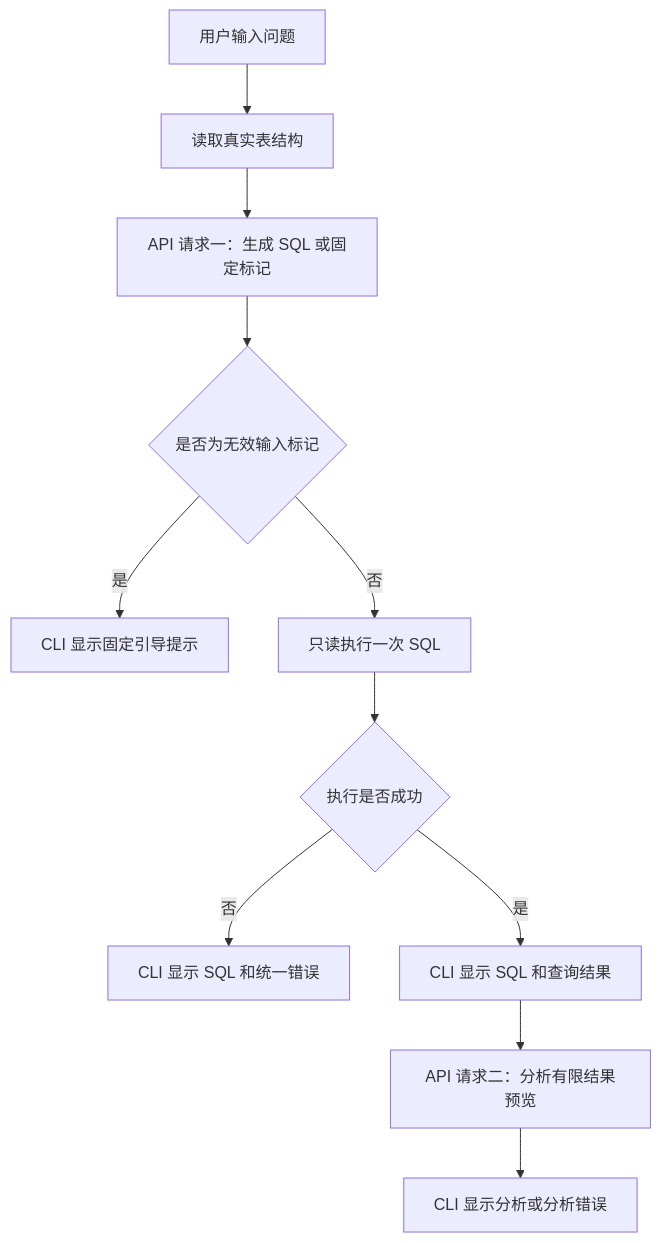
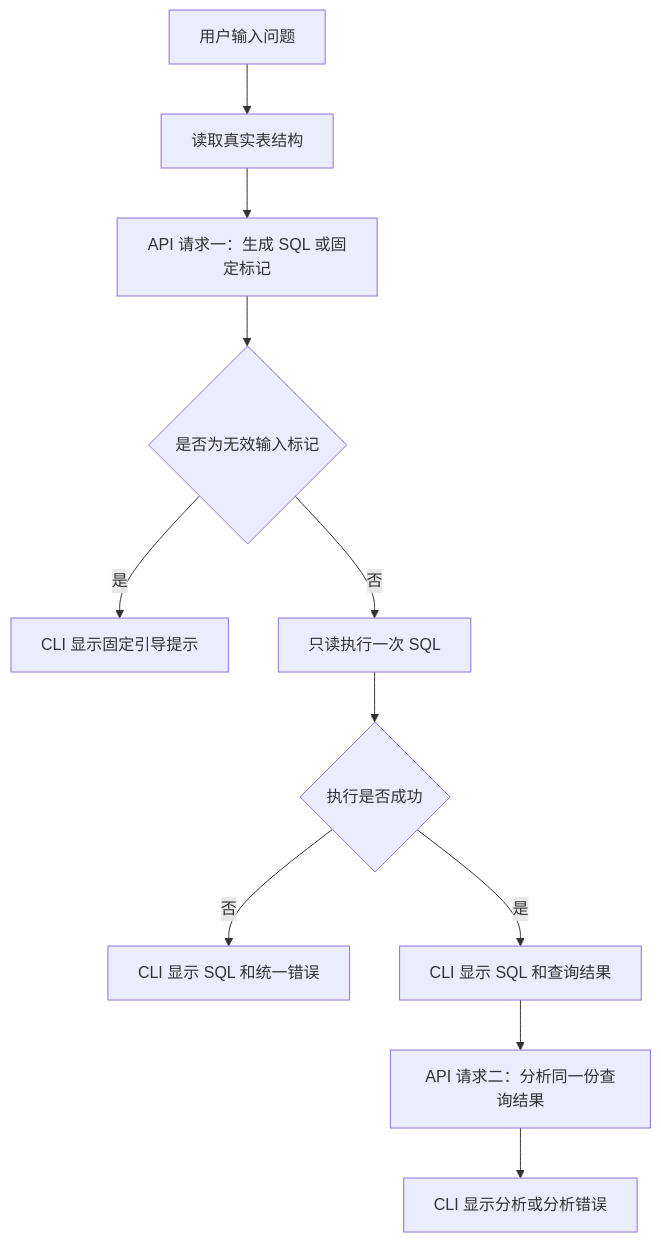
The diagram in docs/design-and-implementation.md (Lx6uo/agentic-text2sql-cpp), drawn with Mermaid before and after one commit. The commit also changed other lines of this file and 11 other files, not shown here.

````diff
--- a/docs/design-and-implementation.md
+++ b/docs/design-and-implementation.md
@@ -15,13 +15,13 @@
 ```mermaid
 flowchart TD
     A[用户输入问题] --> B[读取真实表结构]
     B --> C[API 请求一：生成 SQL 或固定标记]
     C --> D{是否为无效输入标记}
     D -->|是| E[CLI 显示固定引导提示]
     D -->|否| F[只读执行一次 SQL]
     F --> G{执行是否成功}
     G -->|否| H[CLI 显示 SQL 和统一错误]
     G -->|是| I[CLI 显示 SQL 和查询结果]
-    I --> J[API 请求二：分析有限结果预览]
+    I --> J[API 请求二：分析同一份查询结果]
     J --> K[CLI 显示分析或分析错误]
 ```
````
